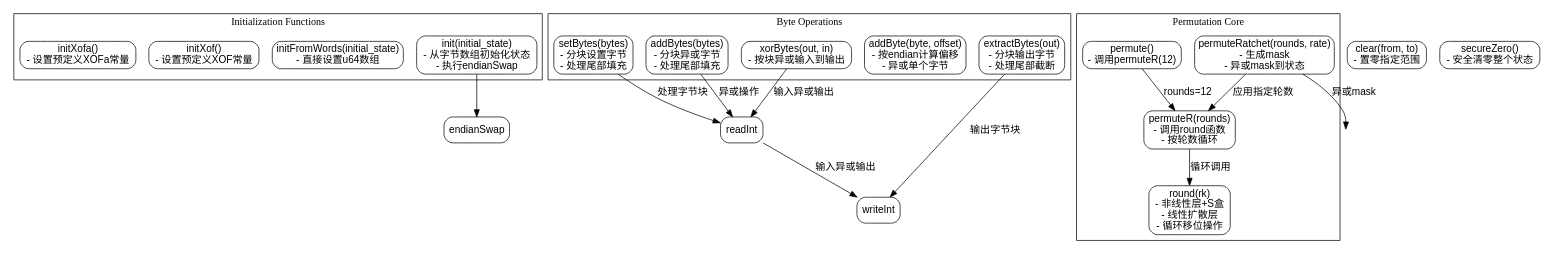
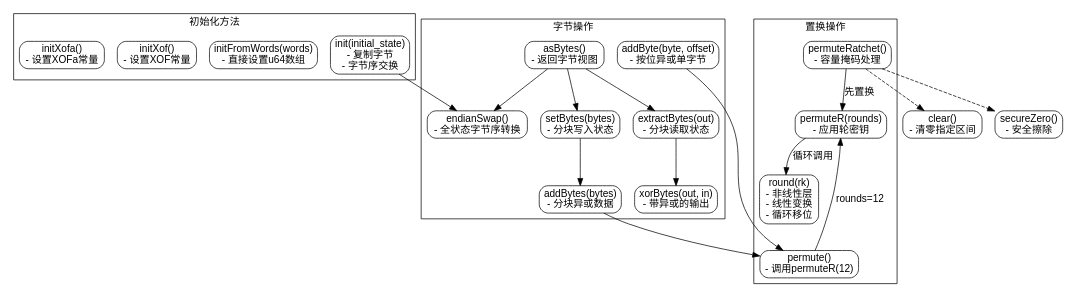
The diagram in dot_std/crypto/ascon.zig.State.md (sdzx-1/deepseek-zig-reader), drawn with Graphviz before and after one commit. The commit also changed other lines of this file and 236 other files, not shown here.

````diff
--- a/dot_std/crypto/ascon.zig.State.md
+++ b/dot_std/crypto/ascon.zig.State.md
@@ -15,54 +19,54 @@
 ```dot
-digraph {
+digraph AsconState {
     node [shape=rectangle, style="rounded", fontname="Arial"];
     edge [fontname="Arial"];
 
-    // 初始化相关函数
+    // 初始化相关方法
     subgraph cluster_init {
-        label="Initialization Functions";
-        init [label="init(initial_state)\n- 从字节数组初始化状态\n- 执行endianSwap"];
-        initFromWords [label="initFromWords(initial_state)\n- 直接设置u64数组"];
-        initXof [label="initXof()\n- 设置预定义XOF常量"];
-        initXofa [label="initXofa()\n- 设置预定义XOFa常量"];
+        label="初始化方法";
+        init [label="init(initial_state)\n- 复制字节\n- 字节序交换"];
+        initFromWords [label="initFromWords(words)\n- 直接设置u64数组"];
+        initXof [label="initXof()\n- 设置XOF常量"];
+        initXofa [label="initXofa()\n- 设置XOFa常量"];
     }
 
     // 字节操作
     subgraph cluster_bytes {
-        label="Byte Operations";
-        setBytes [label="setBytes(bytes)\n- 分块设置字节\n- 处理尾部填充"];
-        addByte [label="addByte(byte, offset)\n- 按endian计算偏移\n- 异或单个字节"];
-        addBytes [label="addBytes(bytes)\n- 分块异或字节\n- 处理尾部填充"];
-        extractBytes [label="extractBytes(out)\n- 分块输出字节\n- 处理尾部截断"];
-        xorBytes [label="xorBytes(out, in)\n- 按块异或输入到输出"];
+        label="字节操作";
+        asBytes [label="asBytes()\n- 返回字节视图"];
+        endianSwap [label="endianSwap()\n- 全状态字节序转换"];
+        setBytes [label="setBytes(bytes)\n- 分块写入状态"];
+        addByte [label="addByte(byte, offset)\n- 按位异或单字节"];
+        addBytes [label="addBytes(bytes)\n- 分块异或数据"];
+        extractBytes [label="extractBytes(out)\n- 分块读取状态"];
+        xorBytes [label="xorBytes(out, in)\n- 带异或的输出"];
     }
 
-    // 核心排列逻辑
+    // 置换核心
     subgraph cluster_permutation {
-        label="Permutation Core";
-        permuteR [label="permuteR(rounds)\n- 调用round函数\n- 按轮数循环"];
+        label="置换操作";
+        permuteR [label="permuteR(rounds)\n- 应用轮密钥"];
         permute [label="permute()\n- 调用permuteR(12)"];
-        permuteRatchet [label="permuteRatchet(rounds, rate)\n- 生成mask\n- 异或mask到状态"];
-        round [label="round(rk)\n- 非线性层+S盒\n- 线性扩散层\n- 循环移位操作"];
+        permuteRatchet [label="permuteRatchet()\n- 容量掩码处理"];
+        round [label="round(rk)\n- 非线性层\n- 线性变换\n- 循环移位"];
     }
 
-    // 内存管理
-    clear [label="clear(from, to)\n- 置零指定范围"];
-    secureZero [label="secureZero()\n- 安全清零整个状态"];
+    // 辅助方法
+    clear [label="clear()\n- 清零指定区间"];
+    secureZero [label="secureZero()\n- 安全擦除"];
 
-    // 数据流关系
+    // 主要调用关系
     init -> endianSwap;
     permuteR -> round [label="循环调用"];
     permute -> permuteR [label="rounds=12"];
-    permuteRatchet -> permuteR [label="应用指定轮数"];
-    permuteRatchet -> xor_mask [label="异或mask"];
+    permuteRatchet -> permuteR [label="先置换"];
 
-    // 工具函数关系
-    setBytes -> readInt [label="处理字节块"];
-    addBytes -> readInt [label="异或操作"];
-    extractBytes -> writeInt [label="输出字节块"];
-    xorBytes -> readInt -> writeInt [label="输入异或输出"];
-
-    // 辅助节点（隐藏实现细节）
-    xor_mask [shape=point, width=0];
+    // 数据流关系
+    asBytes -> {endianSwap, setBytes, extractBytes};
+    setBytes -> addBytes -> permute;
+    addByte -> permute;
+    extractBytes -> xorBytes;
+    permuteRatchet -> {clear, secureZero} [style=dashed];
+    round -> {permuteR, permute} [style=invis];
 }
-``` 
+```
````
